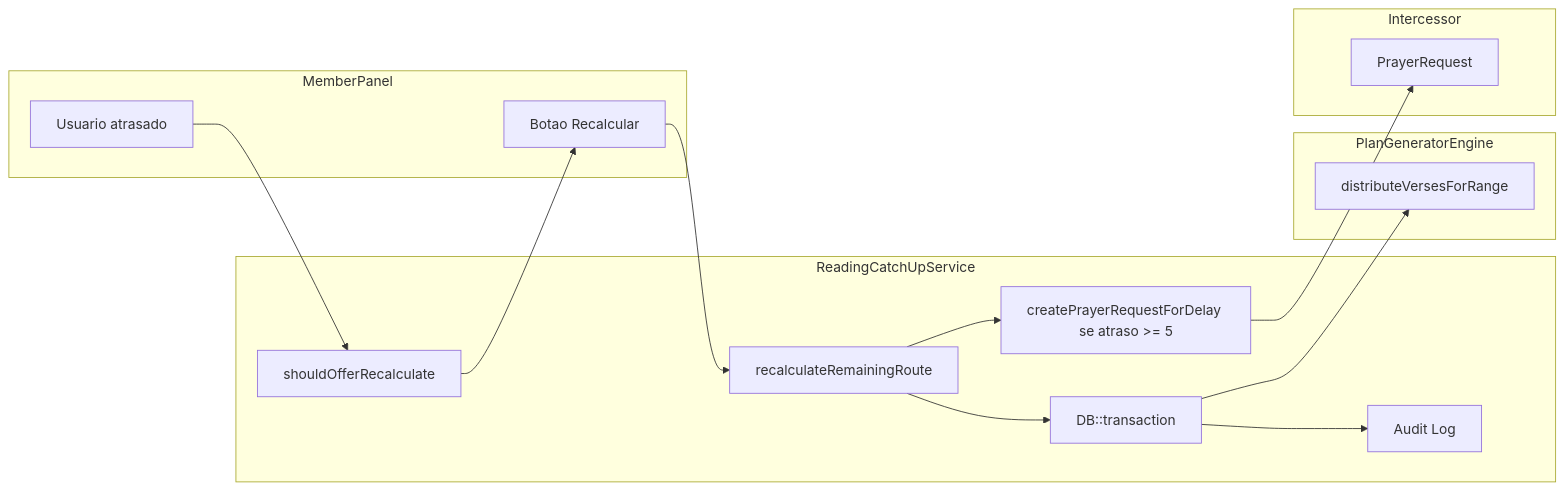
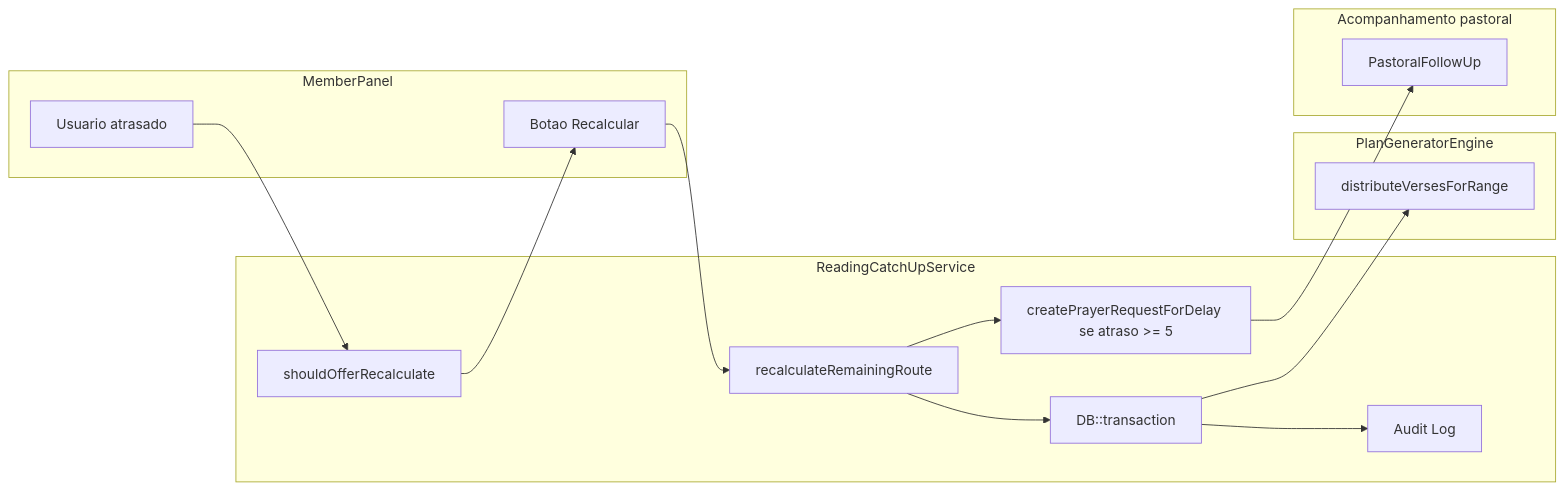
One commit to RabbitVisual/VS-JUBAF changed the diagram in Modules/Bible/Bible-CBAV2026-Professional-Hardening.md. Above: the diagram before and after it, drawn with Mermaid. The commit also changed other lines of this file and 54 other files, not shown here.

````diff
--- a/Modules/Bible/Bible-CBAV2026-Professional-Hardening.md
+++ b/Modules/Bible/Bible-CBAV2026-Professional-Hardening.md
@@ -172,28 +171,28 @@
 ```mermaid
 flowchart LR
   subgraph user [MemberPanel]
     A[Usuario atrasado]
     B[Botao Recalcular]
   end
   subgraph catchup [ReadingCatchUpService]
     C[shouldOfferRecalculate]
     D[recalculateRemainingRoute]
     E[DB::transaction]
     F[Audit Log]
     G[createPrayerRequestForDelay se atraso >= 5]
   end
   subgraph engine [PlanGeneratorEngine]
     H[distributeVersesForRange]
   end
-  subgraph inter [Intercessor]
-    I[PrayerRequest]
+  subgraph inter [Acompanhamento pastoral]
+    I[PastoralFollowUp]
   end
   A --> C
   C --> B
   B --> D
   D --> E
   E --> H
   E --> F
   D --> G
   G --> I
 ```
````
